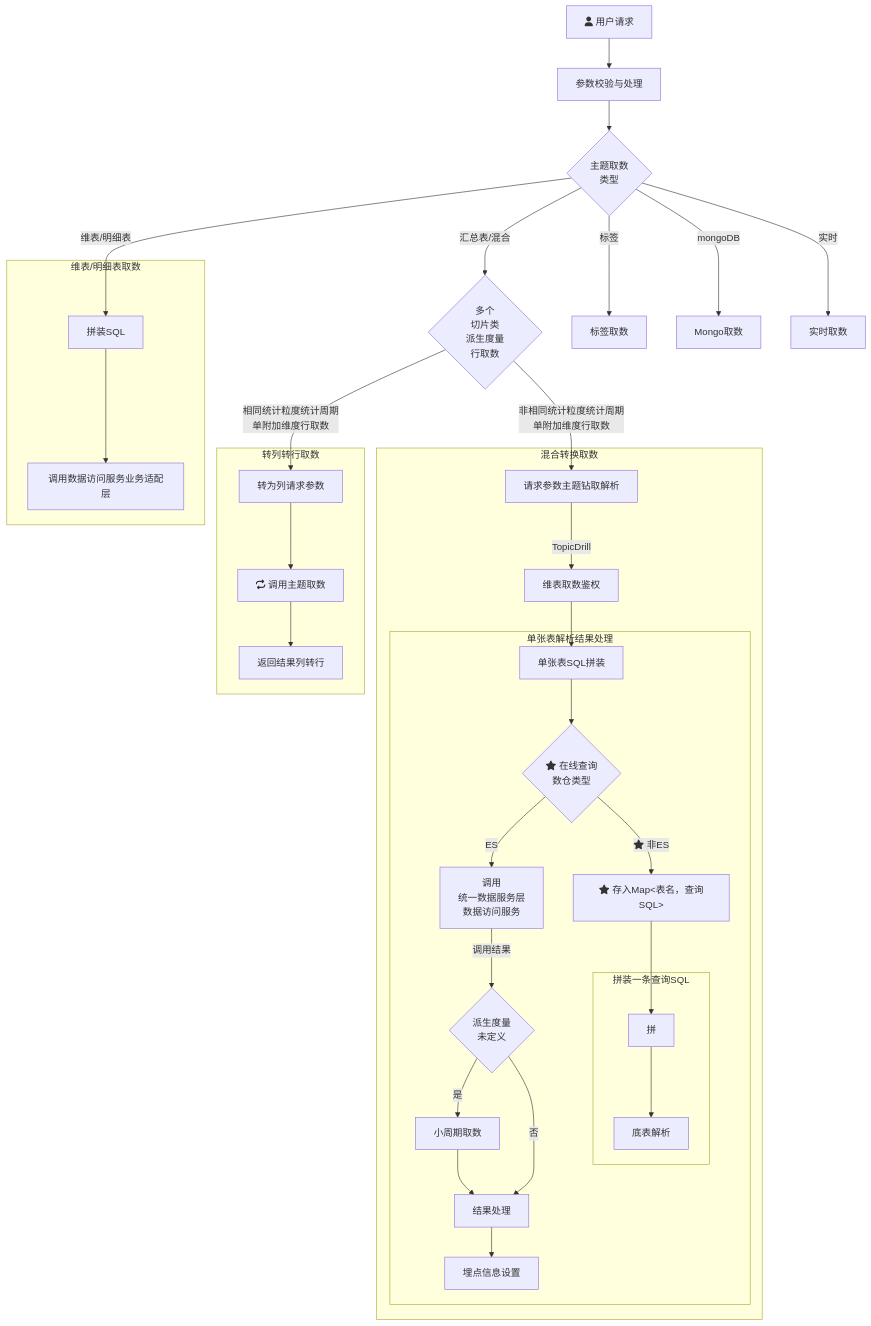
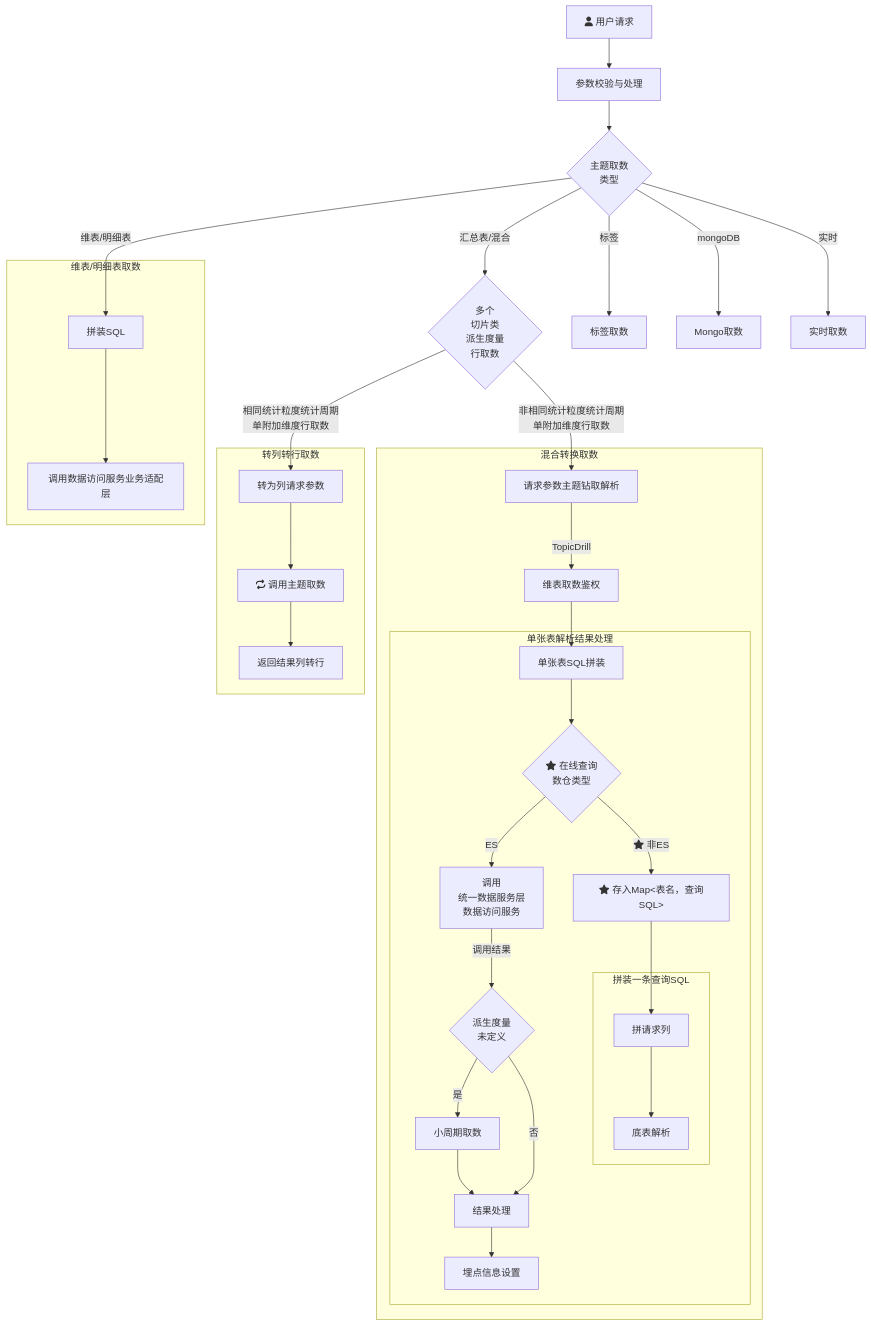
Before and after one commit to yanglosm/iodraw-files: the diagram in all/未命名.md, drawn with Mermaid.

Commit message:
2024-11-29 19:34:55 update

````diff
--- a/all/未命名.md
+++ b/all/未命名.md
@@ -1,30 +1,30 @@
 ```mermaid
 flowchart TD
     A[fa:fa-user 用户请求] -->A1[参数校验与处理] --> B{主题取数\n类型}
     B -->|维表/明细表| D[拼装SQL]
     B -->|汇总表/混合| E{多个\n切片类\n派生度量\n行取数}
     B -->|标签| F[标签取数]
     B -->|mongoDB| G[Mongo取数]
     B -->|实时| H[实时取数]
     E -->|相同统计粒度统计周期\n单附加维度行取数| E1[转为列请求参数]
     E -->|非相同统计粒度统计周期\n单附加维度行取数| T1[请求参数主题钻取解析]
     subgraph 维表/明细表取数
     D-->D1[调用数据访问服务业务适配层]
     end
     subgraph 转列转行取数
     E1-->E11[fa:fa-repeat 调用主题取数]-->E12[返回结果列转行]
     end
     subgraph 混合转换取数
     T1-->|TopicDrill| T2[维表取数鉴权] --> T31[单张表SQL拼装]
         subgraph 单张表解析结果处理
         T31 --> T4{fa:fa-star 在线查询\n数仓类型}-->|ES|T32[调用\n统一数据服务层\n数据访问服务] --> |调用结果|T33{派生度量\n未定义}
         T33 --> |是|T33_1[小周期取数]-->T34[结果处理]-->T35[埋点信息设置]
         T33 --> |否|T34
         T4 --> |fa:fa-star 非ES|T41["fa:fa-star 存入Map<表名，查询SQL>"]
-        T41 --> T42[拼]
+        T41 --> T42[拼请求列]
             subgraph 拼装一条查询SQL
             T42 --> M1[底表解析]
             end
         end
     end
 ```
````
